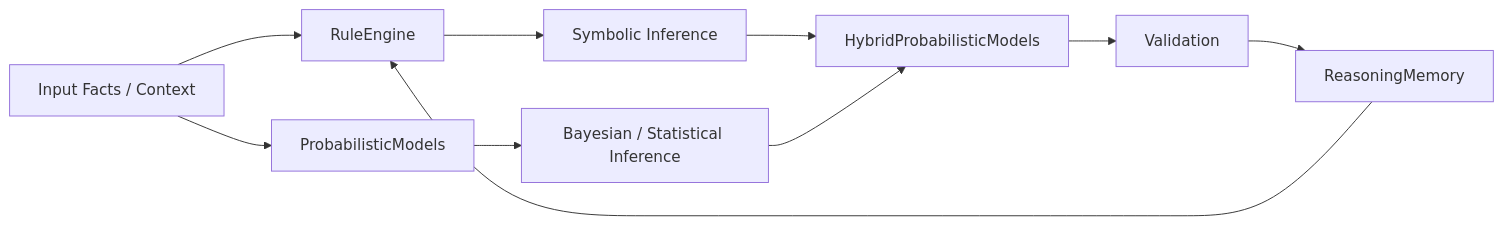
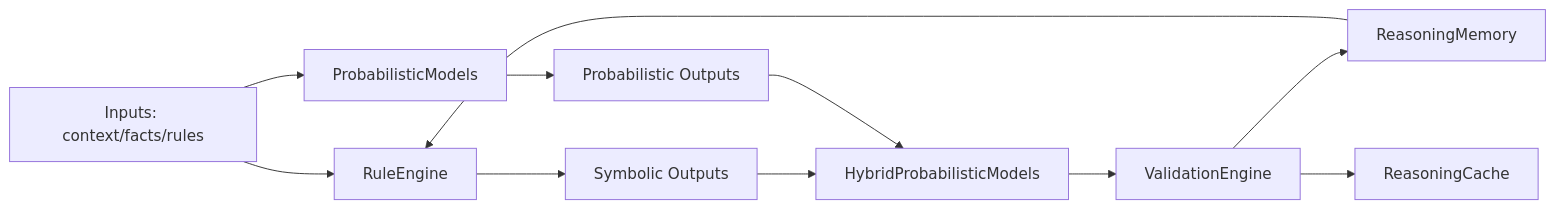
One commit to The-Outsider-97/SLAI changed the diagram in src/agents/reasoning/README.md. Above: the diagram before and after it, drawn with Mermaid. The commit also changed other lines of this file, not shown here.

````diff
--- a/src/agents/reasoning/README.md
+++ b/src/agents/reasoning/README.md
@@ -49,12 +81,13 @@
 ```mermaid
 flowchart LR
-    A[Input Facts / Context] --> B[RuleEngine]
-    B --> C[Symbolic Inference]
-    A --> D[ProbabilisticModels]
-    D --> E[Bayesian / Statistical Inference]
-    C --> F[HybridProbabilisticModels]
+    A[Inputs: context/facts/rules] --> B[RuleEngine]
+    A --> C[ProbabilisticModels]
+    B --> D[Symbolic Outputs]
+    C --> E[Probabilistic Outputs]
+    D --> F[HybridProbabilisticModels]
     E --> F
-    F --> G[Validation]
+    F --> G[ValidationEngine]
     G --> H[ReasoningMemory]
+    G --> I[ReasoningCache]
     H --> B
 ```
````
